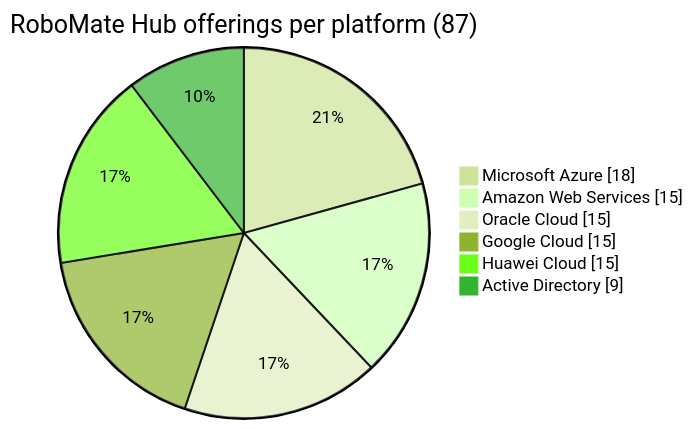
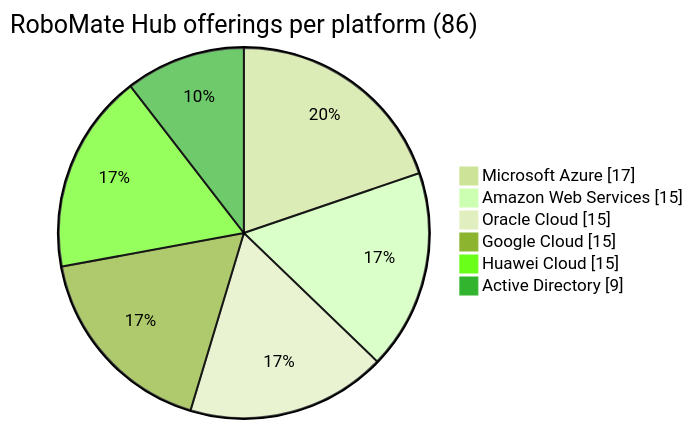
One commit to MarcoFekry/RoboMate-CloudAutomation changed diagram 11 of 13 in README.md. Above: the diagram before and after it, drawn with Mermaid (forest theme). The commit also changed other lines of this file, not shown here.

````diff
--- a/README.md
+++ b/README.md
@@ -648,10 +605,10 @@
 ```mermaid
 pie showData
-    title RoboMate Hub offerings per platform (87)
-    "Microsoft Azure" : 18
+    title RoboMate Hub offerings per platform (86)
+    "Microsoft Azure" : 17
     "Amazon Web Services" : 15
     "Oracle Cloud" : 15
     "Google Cloud" : 15
     "Huawei Cloud" : 15
     "Active Directory" : 9
 ```
````
